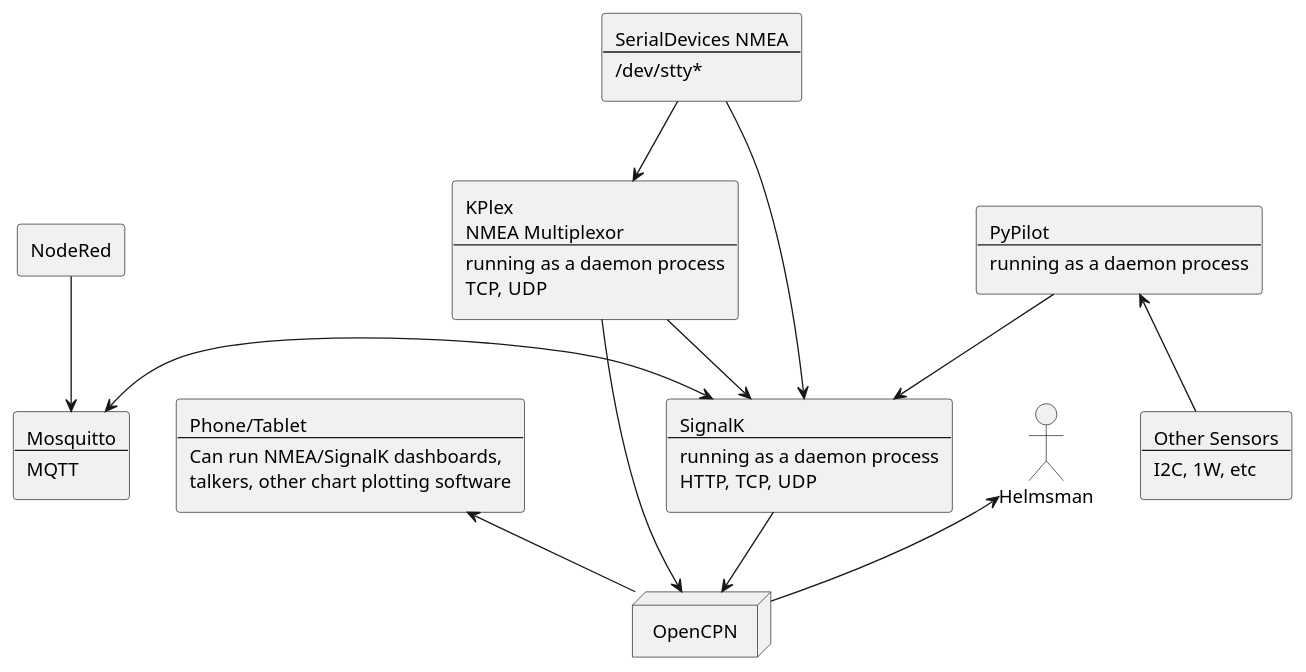
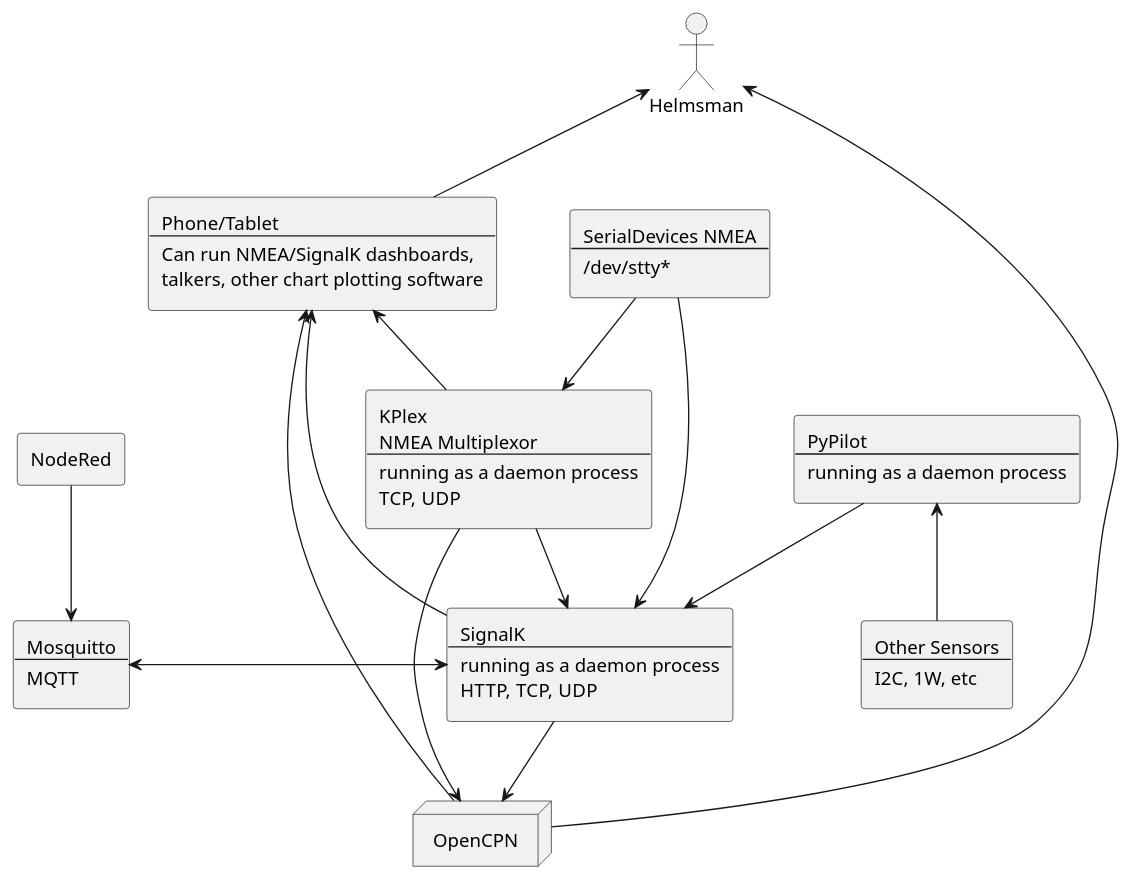
Before and after one commit to bareboat-necessities/my-bareboat: the diagram in docs/plantuml/software-arch.puml, drawn with PlantUML. The commit also changed 4 other files, not shown here.

```diff
--- a/docs/plantuml/software-arch.puml
+++ b/docs/plantuml/software-arch.puml
@@ -1,61 +1,64 @@
 @startuml
 actor Helmsman [
  Helmsman
 ]
 agent MobileDevice [
  Phone/Tablet
  ----
  Can run NMEA/SignalK dashboards,
  talkers, other chart plotting software
 ]
 node OpenCPN [
  OpenCPN
 ]
 rectangle KPlex [
  KPlex
  NMEA Multiplexor
  ----
  running as a daemon process
  TCP, UDP
 ]
 rectangle SignalK [
  SignalK
  ----
  running as a daemon process
  HTTP, TCP, UDP
 ]
 rectangle PyPilot [
  PyPilot
  ----
  running as a daemon process
 ]
 rectangle SerialDevices [
  SerialDevices NMEA
  ----
  /dev/stty*
 ]
 rectangle OtherSensors [
  Other Sensors
  ----
  I2C, 1W, etc
 ]
 rectangle Mosquitto [
  Mosquitto
  ----
  MQTT
 ]
 rectangle NodeRed [
  NodeRed
 ]
 Helmsman <-- OpenCPN
+Helmsman <-- MobileDevice
 MobileDevice <-- OpenCPN
+MobileDevice <-- SignalK
+MobileDevice <-- KPlex
 KPlex --> OpenCPN
 KPlex --> SignalK
 PyPilot <-- OtherSensors
 SignalK --> OpenCPN
 SerialDevices --> SignalK
 SerialDevices --> KPlex
 PyPilot --> SignalK
 Mosquitto <-> SignalK
 NodeRed --> Mosquitto
 @enduml
```
